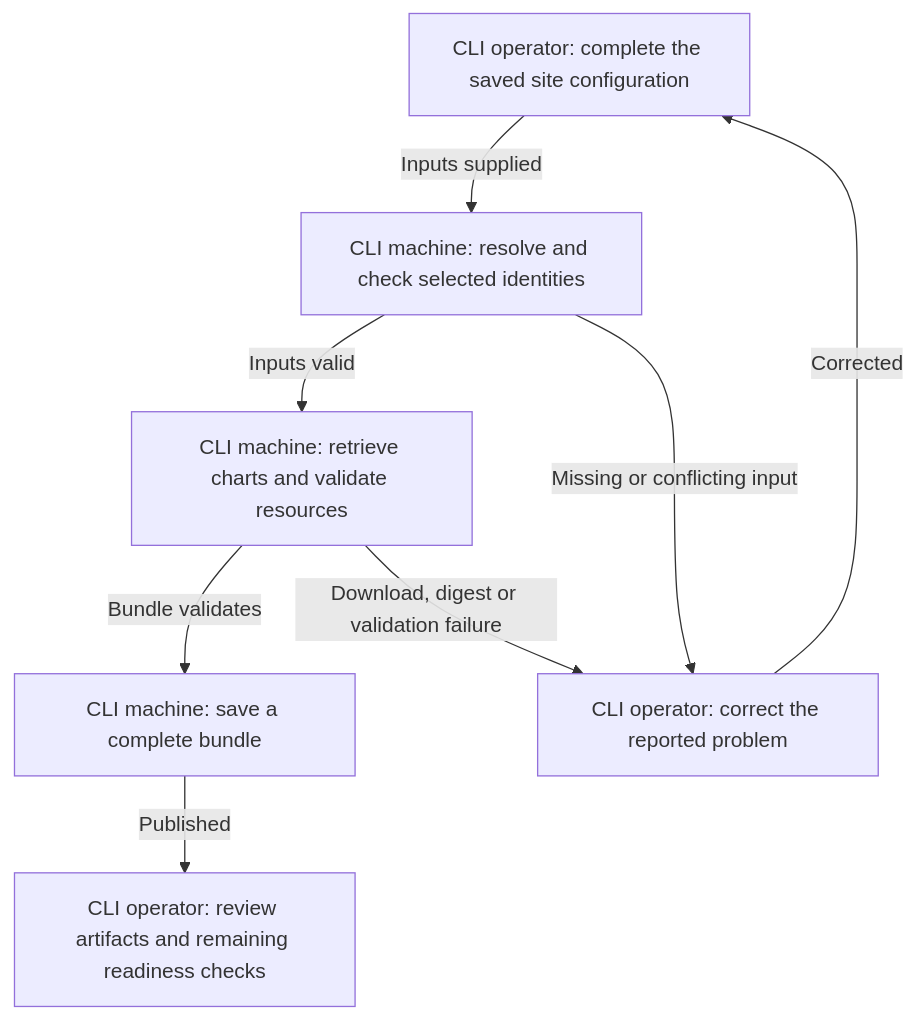
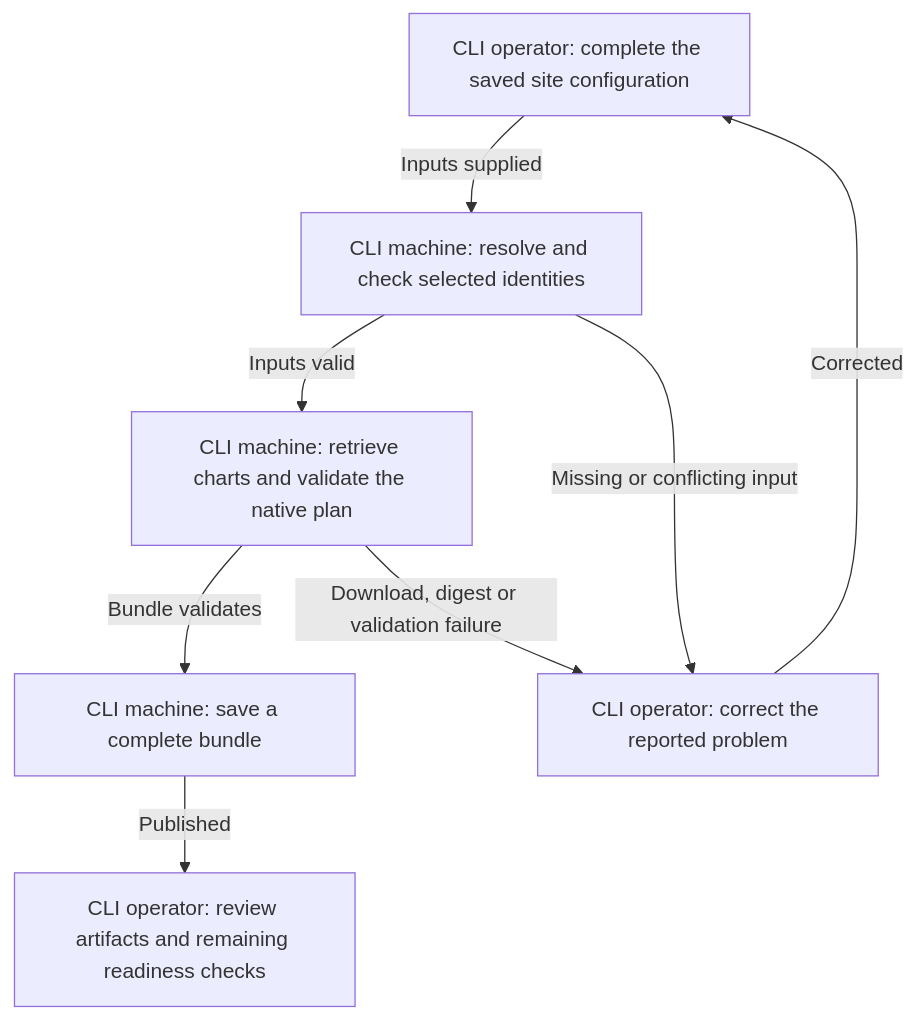
One commit to NVIDIA/k8s-launch-kit changed the sixth of 7 diagrams in docs/user/dpf-workflows.md. Above: the diagram before and after it, drawn with Mermaid. The commit also changed other lines of this file and 22 other files, not shown here.

````diff
--- a/docs/user/dpf-workflows.md
+++ b/docs/user/dpf-workflows.md
@@ -448,16 +450,16 @@
 ```mermaid
 flowchart TD
   n1["CLI operator: complete the saved site configuration"]
   n2["CLI machine: resolve and check selected identities"]
-  n3["CLI machine: retrieve charts and validate resources"]
+  n3["CLI machine: retrieve charts and validate the native plan"]
   n4["CLI machine: save a complete bundle"]
   n5["CLI operator: correct the reported problem"]
   n6["CLI operator: review artifacts and remaining readiness checks"]
   n1 -->|"Inputs supplied"| n2
   n2 -->|"Inputs valid"| n3
   n2 -->|"Missing or conflicting input"| n5
   n3 -->|"Bundle validates"| n4
   n3 -->|"Download, digest or validation failure"| n5
   n4 -->|"Published"| n6
   n5 -->|"Corrected"| n1
 ```
````
